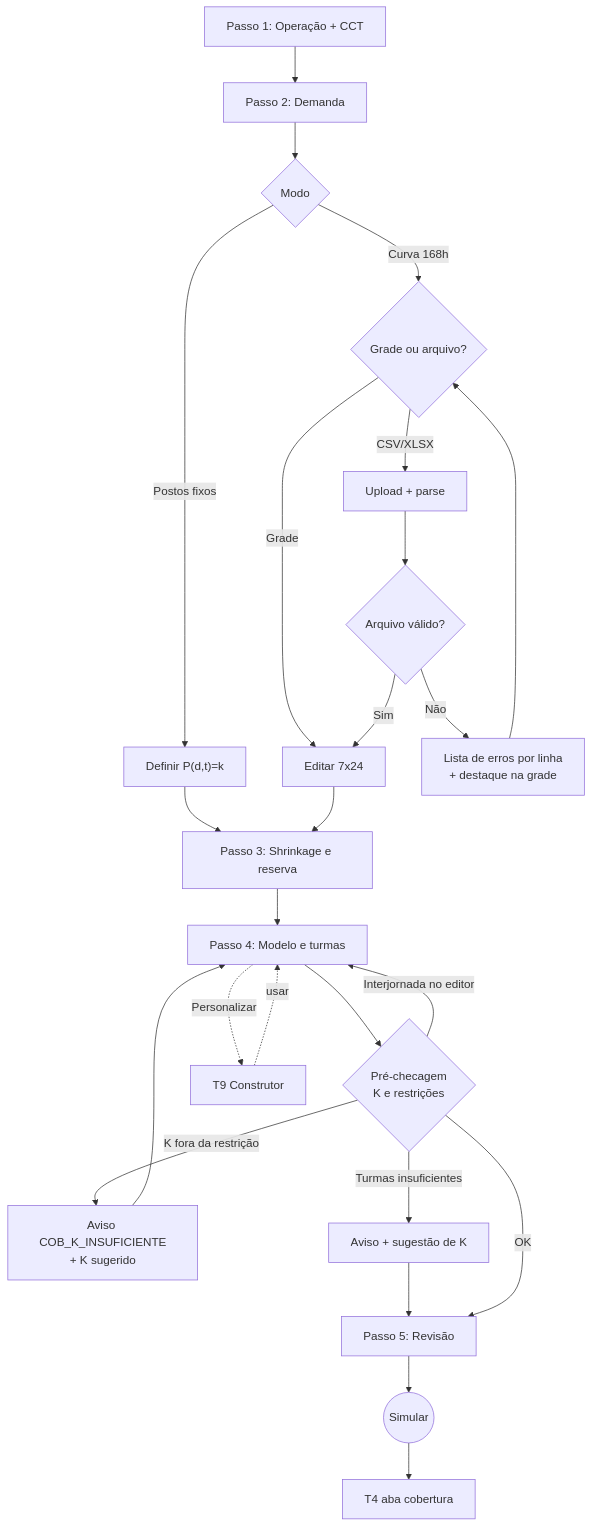
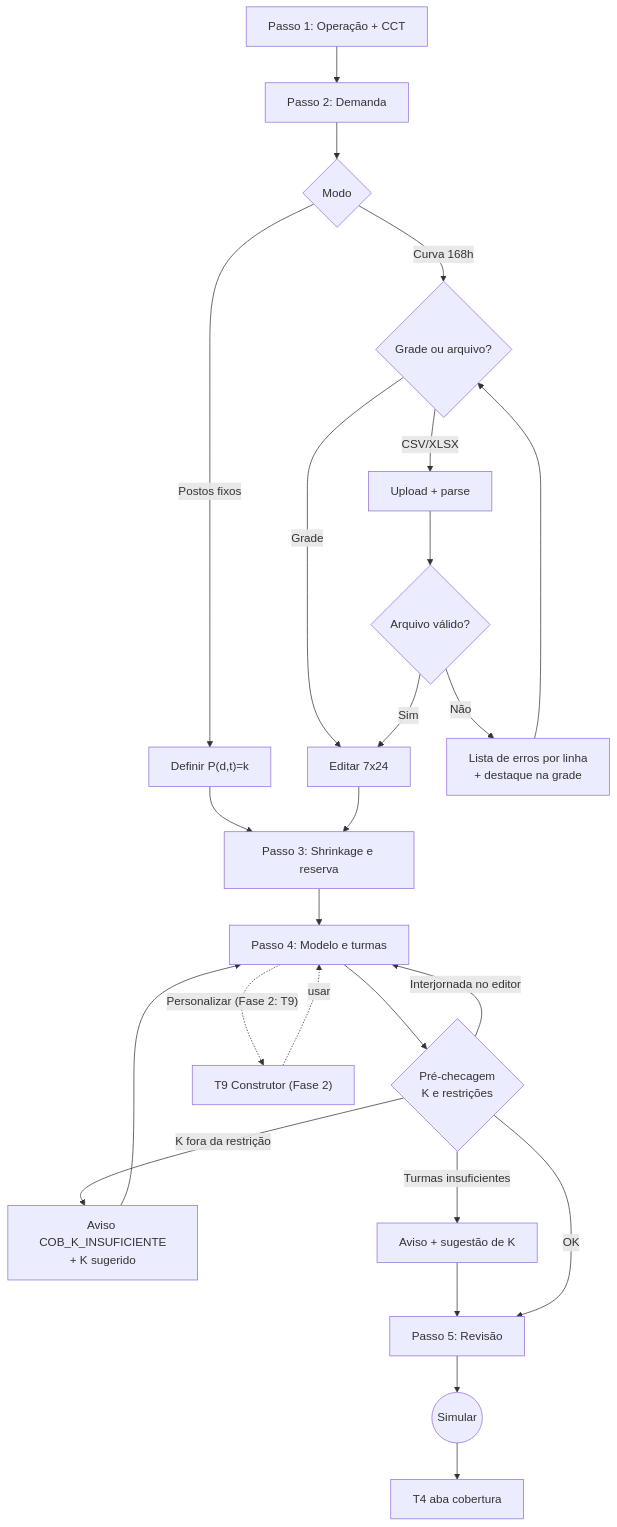
One commit to thgterto/Ferramentas-Web changed the second of 8 diagrams in docs/simulador-escalas/03-fluxo-do-app.md. Above: the diagram before and after it, drawn with Mermaid. The commit also changed other lines of this file and 6 other files, not shown here.

````diff
--- a/docs/simulador-escalas/03-fluxo-do-app.md
+++ b/docs/simulador-escalas/03-fluxo-do-app.md
@@ -158,22 +165,22 @@
 ```mermaid
 flowchart TD
     S1["Passo 1: Operação + CCT"] --> S2["Passo 2: Demanda"]
     S2 --> M{"Modo"}
     M -- "Postos fixos" --> PF["Definir P(d,t)=k"]
     M -- "Curva 168h" --> CV{"Grade ou arquivo?"}
     CV -- Grade --> GR["Editar 7x24"]
     CV -- "CSV/XLSX" --> UP["Upload + parse"]
     UP --> VU{"Arquivo válido?"}
     VU -- Não --> EU["Lista de erros por linha<br/>+ destaque na grade"] --> CV
     VU -- Sim --> GR
     PF --> S3
     GR --> S3["Passo 3: Shrinkage e reserva"]
     S3 --> S4["Passo 4: Modelo e turmas"]
     S4 --> V4{"Pré-checagem<br/>K e restrições"}
     V4 -- "Interjornada no editor" --> S4
-    S4 -. "Personalizar" .-> T9["T9 Construtor"] -. "usar" .-> S4
+    S4 -. "Personalizar (Fase 2: T9)" .-> T9["T9 Construtor (Fase 2)"] -. "usar" .-> S4
     V4 -- "K fora da restrição" --> AK["Aviso COB_K_INSUFICIENTE<br/>+ K sugerido"] --> S4
     V4 -- "Turmas insuficientes" --> AV["Aviso + sugestão de K"] --> S5
     V4 -- OK --> S5["Passo 5: Revisão"]
     S5 --> C(("Simular")) --> R["T4 aba cobertura"]
 ```
````
